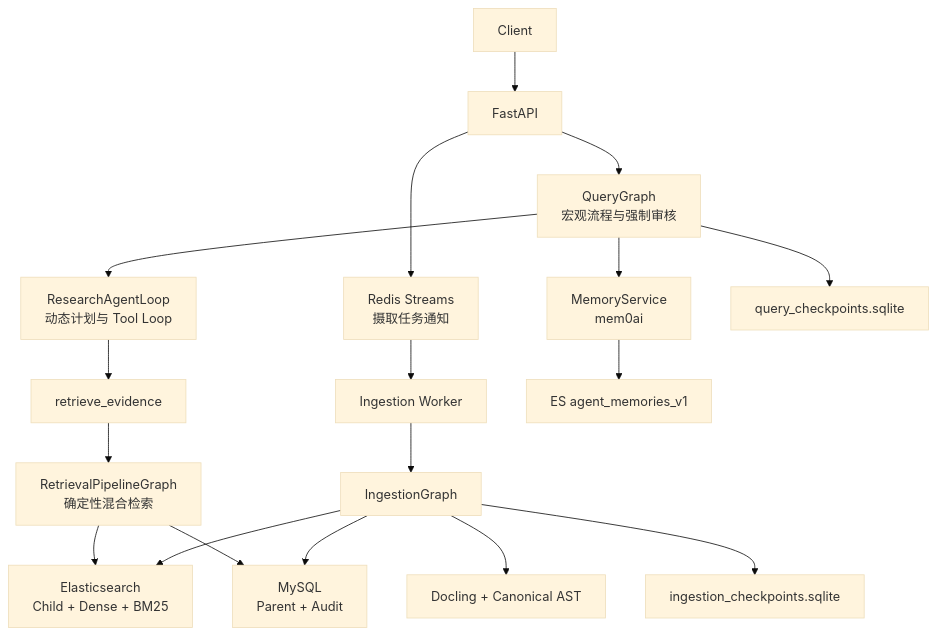
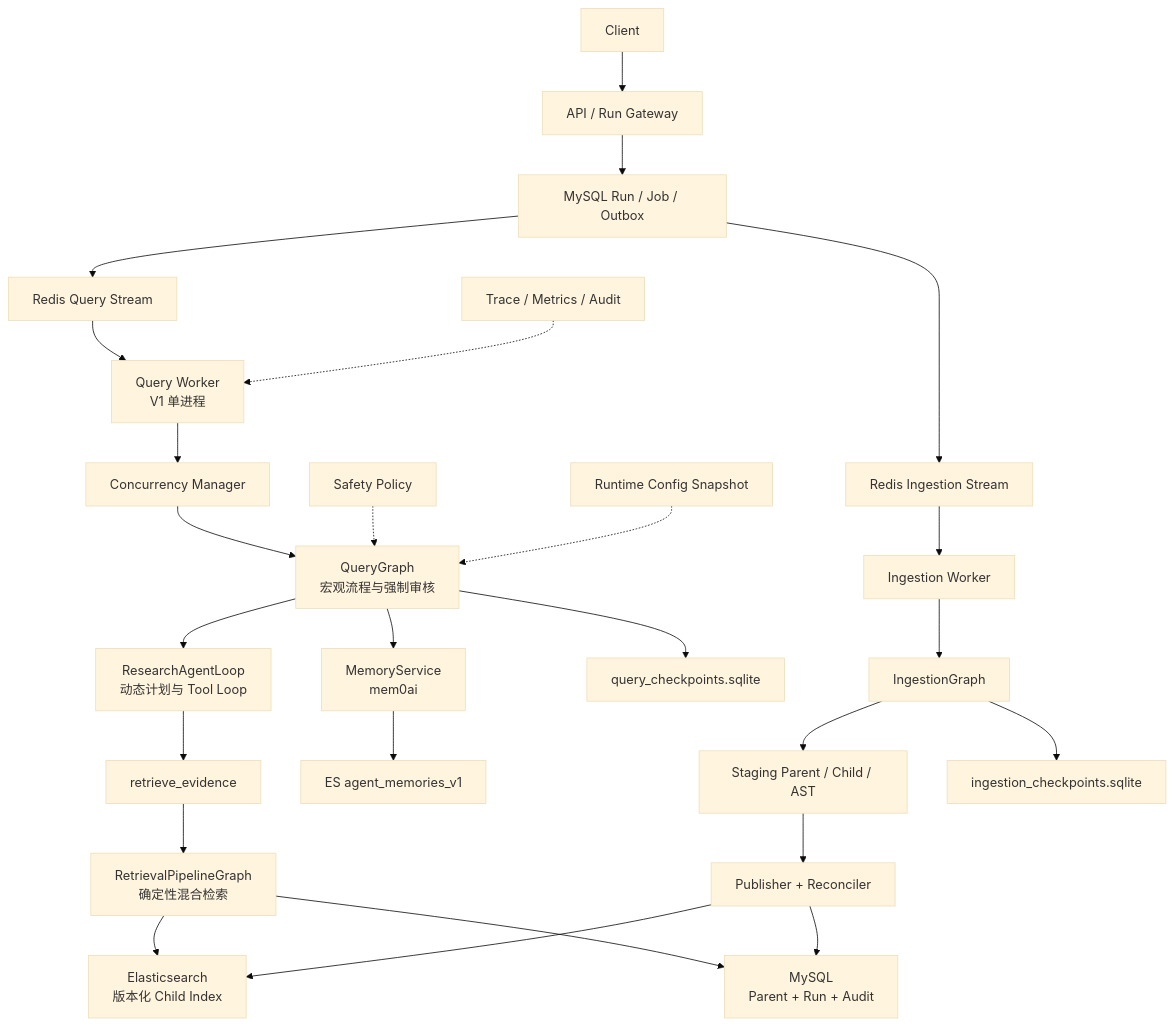
One commit to StevenLZM/AgenticRAG changed the first of 6 diagrams in docs/superpowers/specs/2026-08-04-production-agentic-rag-design.md. Above: the diagram before and after it, drawn with Mermaid (base theme). The commit also changed other lines of this file, not shown here.

Commit message:
docs: harden agentic rag production architecture

````diff
--- a/docs/superpowers/specs/2026-08-04-production-agentic-rag-design.md
+++ b/docs/superpowers/specs/2026-08-04-production-agentic-rag-design.md
@@ -84,25 +91,31 @@
 ```mermaid
 flowchart TB
-    U["Client"] --> API["FastAPI"]
+    U["Client"] --> API["API / Run Gateway"]
 
-    API --> QG["QueryGraph<br/>宏观流程与强制审核"]
+    API --> REG["MySQL Run / Job / Outbox"]
+    REG --> QR["Redis Query Stream"]
+    QR --> QW["Query Worker<br/>V1 单进程"]
+    QW --> CM["Concurrency Manager"]
+    CM --> QG["QueryGraph<br/>宏观流程与强制审核"]
     QG --> RA["ResearchAgentLoop<br/>动态计划与 Tool Loop"]
     RA --> RT["retrieve_evidence"]
     RT --> RPG["RetrievalPipelineGraph<br/>确定性混合检索"]
-
-    RPG --> ES["Elasticsearch<br/>Child + Dense + BM25"]
-    RPG --> MYSQL["MySQL<br/>Parent + Audit"]
-
-    API --> REDIS["Redis Streams<br/>摄取任务通知"]
-    REDIS --> IW["Ingestion Worker"]
-    IW --> IG["IngestionGraph"]
-    IG --> DOCLING["Docling + Canonical AST"]
-    IG --> ES
-    IG --> MYSQL
-
+    RPG --> ES["Elasticsearch<br/>版本化 Child Index"]
+    RPG --> MYSQL["MySQL<br/>Parent + Run + Audit"]
     QG --> MEM["MemoryService<br/>mem0ai"]
     MEM --> MEMES["ES agent_memories_v1"]
+    QG --> QCP["query_checkpoints.sqlite"]
 
-    QG --> QCP["query_checkpoints.sqlite"]
+    REG --> IR["Redis Ingestion Stream"]
+    IR --> IW["Ingestion Worker"]
+    IW --> IG["IngestionGraph"]
+    IG --> STAGE["Staging Parent / Child / AST"]
+    STAGE --> PUB["Publisher + Reconciler"]
+    PUB --> ES
+    PUB --> MYSQL
     IG --> ICP["ingestion_checkpoints.sqlite"]
+
+    SAFE["Safety Policy"] -.-> QG
+    VER["Runtime Config Snapshot"] -.-> QG
+    OBS["Trace / Metrics / Audit"] -.-> QW
 ```
````
